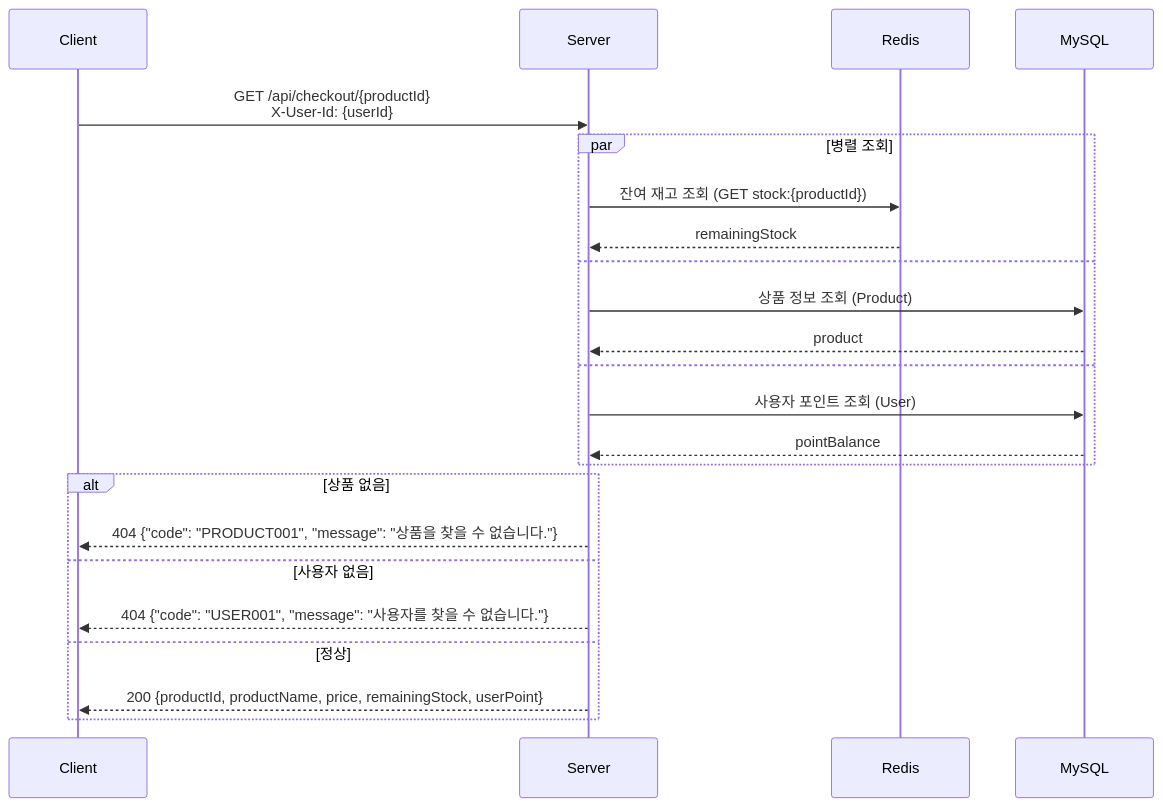
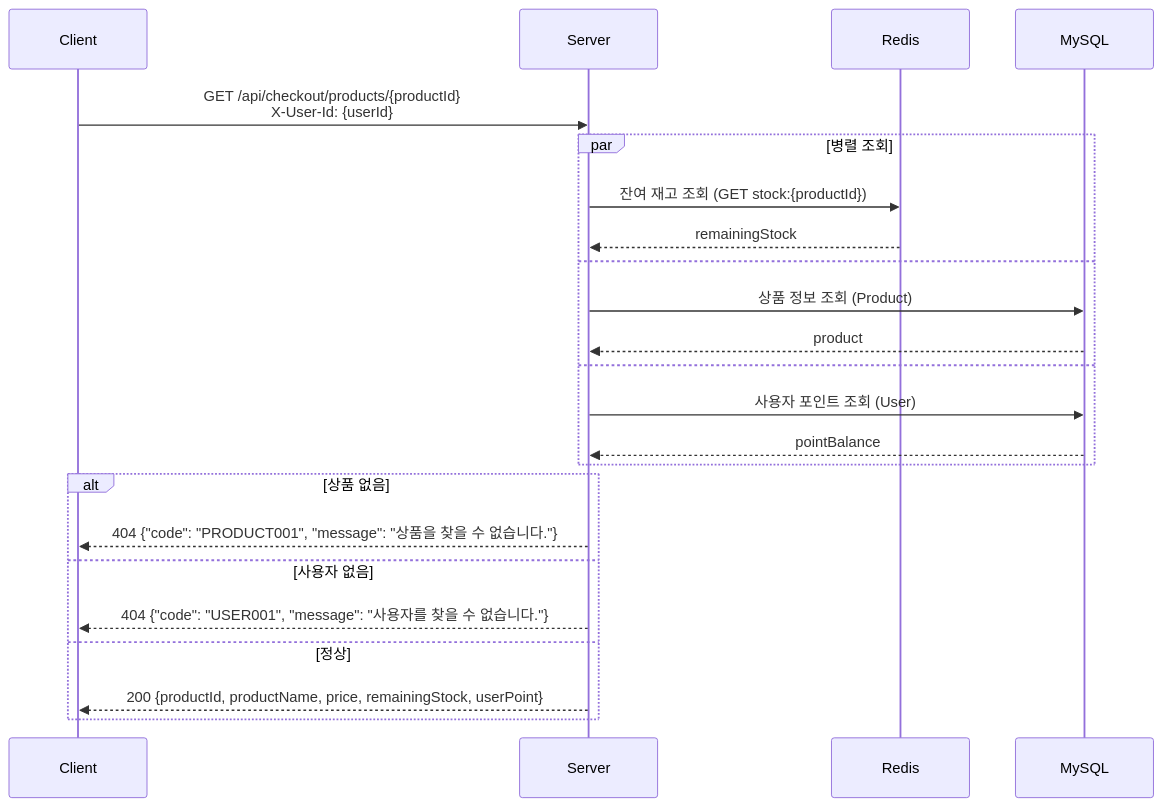
Before and after one commit to hyunmin0317/reservation-payment-platform: the first of 5 diagrams in docs/sequence-diagrams.md, drawn with Mermaid. The commit also changed 1 other file, not shown here.

Commit message:
docs: Checkout API 엔드포인트 변경 반영 (#16)

````diff
--- a/docs/sequence-diagrams.md
+++ b/docs/sequence-diagrams.md
@@ -5,28 +5,28 @@
 ```mermaid
 sequenceDiagram
     participant C as Client
     participant S as Server
     participant R as Redis
     participant DB as MySQL
 
-    C->>S: GET /api/checkout/{productId}<br/>X-User-Id: {userId}
+    C->>S: GET /api/checkout/products/{productId}<br/>X-User-Id: {userId}
 
     par 병렬 조회
         S->>R: 잔여 재고 조회 (GET stock:{productId})
         R-->>S: remainingStock
     and
         S->>DB: 상품 정보 조회 (Product)
         DB-->>S: product
     and
         S->>DB: 사용자 포인트 조회 (User)
         DB-->>S: pointBalance
     end
 
     alt 상품 없음
         S-->>C: 404 {"code": "PRODUCT001", "message": "상품을 찾을 수 없습니다."}
     else 사용자 없음
         S-->>C: 404 {"code": "USER001", "message": "사용자를 찾을 수 없습니다."}
     else 정상
         S-->>C: 200 {productId, productName, price, remainingStock, userPoint}
     end
 ```
````
